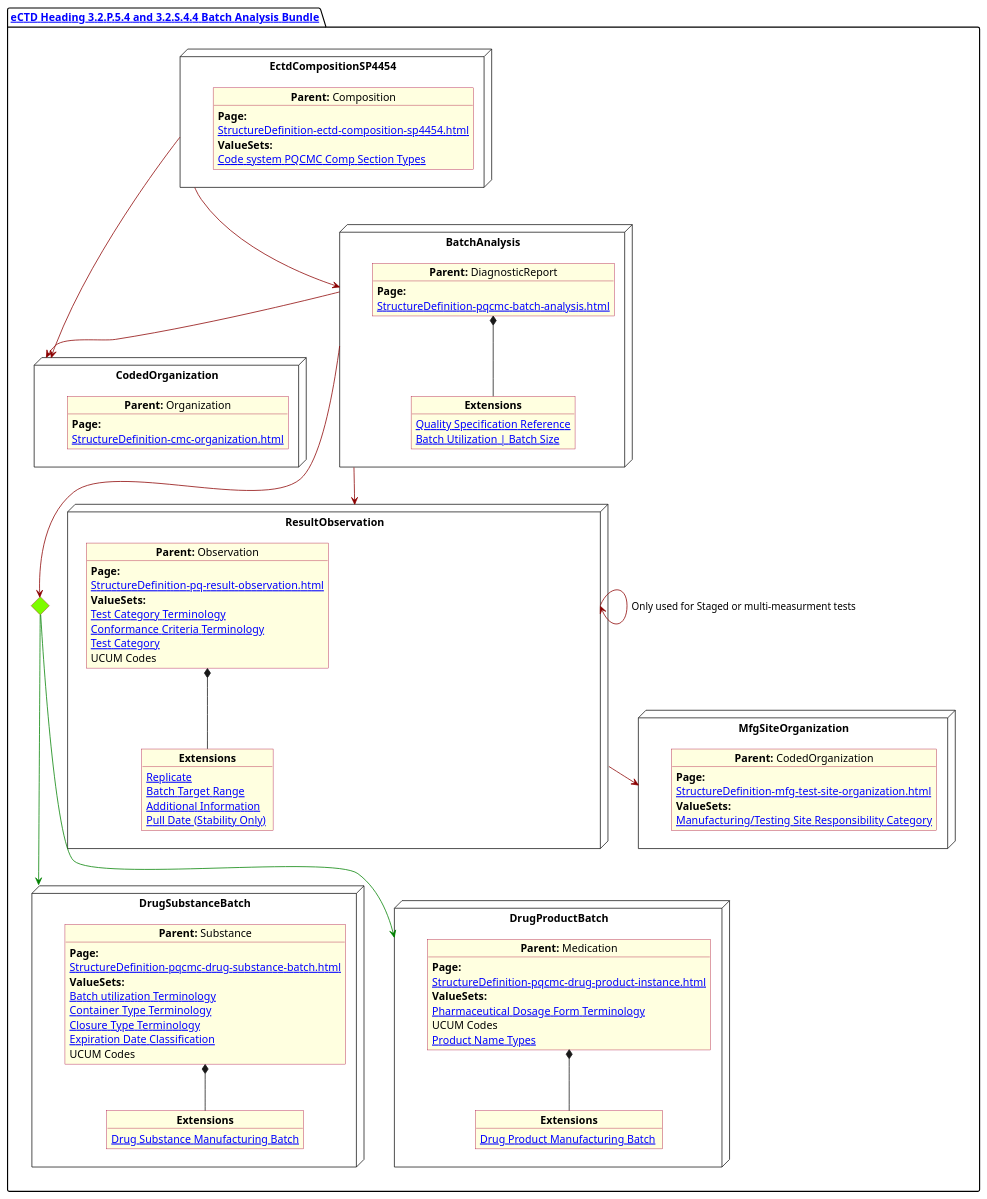
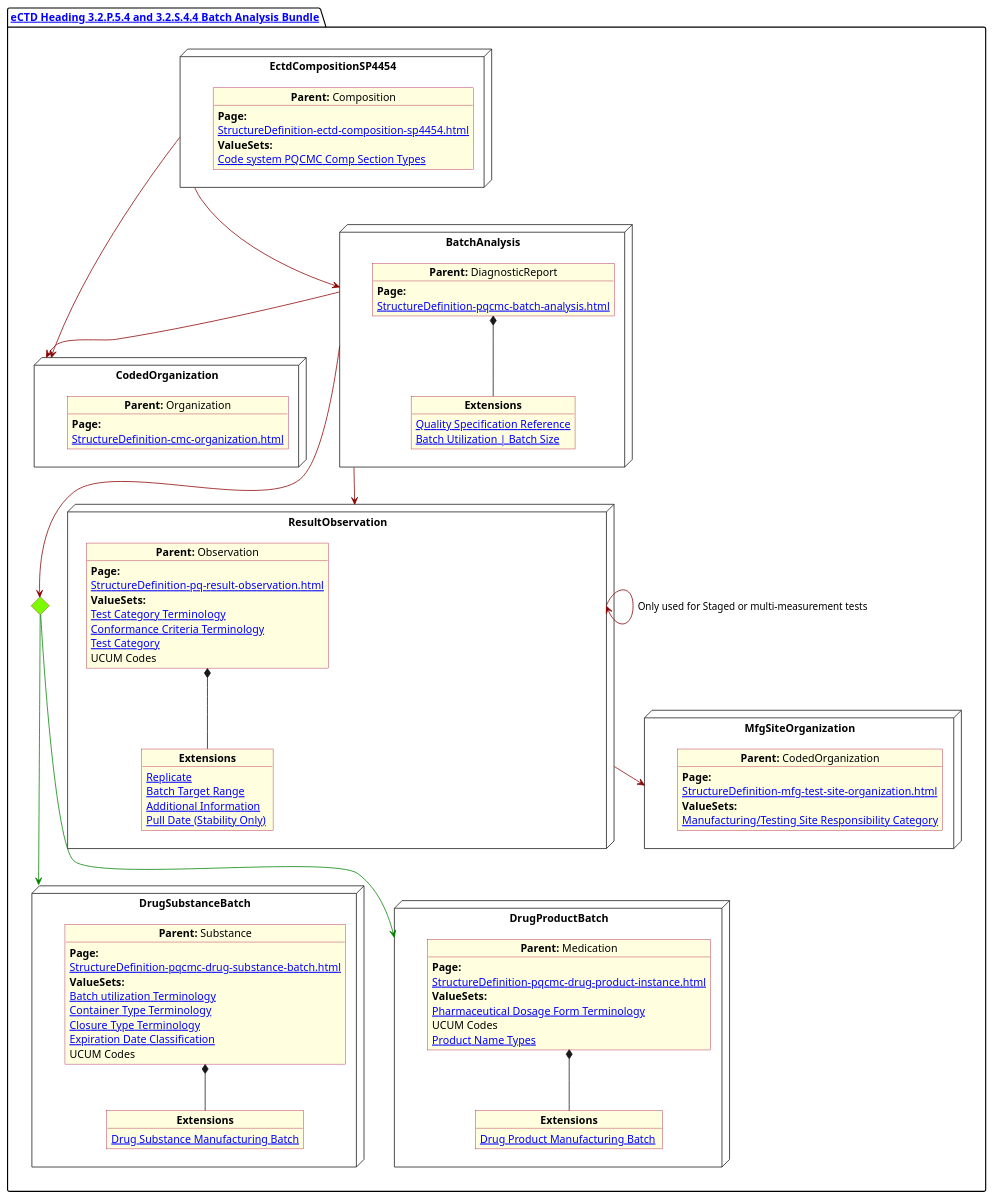
The diagram in input/images-source/BatchAnalysis.plantuml (HL7/FHIR-us-pq-cmc-fda), drawn with PlantUML before and after one commit. The commit also changed 8 other files, not shown here.

```diff
--- a/input/images-source/BatchAnalysis.plantuml
+++ b/input/images-source/BatchAnalysis.plantuml
@@ -1,130 +1,130 @@
 @startuml BatchAnalysis
 allowmixing
 'Mixed model of use case and object
 skinparam svgDimensionStyle false
 skinparam ObjectBackgroundColor LightYellow
 skinparam ObjectBorderColor #A80036
 skinparam activityDiamondBorderColor #A80036
 skinparam activityDiamondBackgroundColor lawnGreen
 skinparam ClassBorderThickness 4
 
 
 package "[[StructureDefinition-cmc-ectd-document-sp4454.html eCTD Heading 3.2.P.5.4 and 3.2.S.4.4 Batch Analysis Bundle]]" as NODES {
 
   node "EctdCompositionSP4454" as N1 {
     object "**Parent:** Composition" as obj1 {
       **Page:**
       [[StructureDefinition-ectd-composition-sp4454.html]]
 
       **ValueSets:**
       [[ValueSet-cmc-comp-section-types-vs.html Code system PQCMC Comp Section Types]]
     }
   }
 
   node "BatchAnalysis" as  BatchAnalysis {
     object "**Parent:** DiagnosticReport" as obj2 {
       **Page:**
       [[StructureDefinition-pqcmc-batch-analysis.html]]
     }
     object "**Extensions**" as  obj2Ex {
       [[StructureDefinition-pq-quality-specification-extension.html Quality Specification Reference]]
       [[StructureDefinition-drug-product-manufacturing-batch.html Batch Utilization | Batch Size ]]
     }
     obj2 *-- obj2Ex
   }
 
   node "CodedOrganization" as CodedOrganization {
 
     object "**Parent:** Organization" as objAu {
       **Page:**
       [[StructureDefinition-cmc-organization.html]]
     }
   }
 
   node "DrugProductBatch" as DrugProductBatch {
     object "**Parent:** Medication" as obj3 {
       **Page:**
       [[StructureDefinition-pqcmc-drug-product-instance.html]]
 
       **ValueSets:**
       [[ValueSet-spl-pharmaceutical-dosage-form-terminology.html Pharmaceutical Dosage Form Terminology]]
       UCUM Codes
       [[ValueSet-cmc-product-name-types-vs.html Product Name Types]]
     }
 
     object "**Extensions**" as  objExsBatch {
 
       [[StructureDefinition-drug-product-manufacturing-batch.html Drug Product Manufacturing Batch ]]
     }
     obj3 *-- objExsBatch
   }
 
 
   node "DrugSubstanceBatch" as DrugSubstanceBatch {
 
     object "**Parent:** Substance" as obj4 {
       **Page:**
       [[StructureDefinition-pqcmc-drug-substance-batch.html]]
 
       **ValueSets:**
       [[ValueSet-pqcmc-batch-utilization-terminology.html Batch utilization Terminology]]
       [[ValueSet-pqcmc-container-type-terminology.html Container Type Terminology]]
       [[ValueSet-pqcmc-closure-type-terminology.html Closure Type Terminology]]
       [[ValueSet-pqcmc-expiration-date-classification-terminology.html Expiration Date Classification]]
       UCUM Codes
     }
     object "**Extensions**" as objXDs {
 
       [[StructureDefinition-drug-substance-manufacturing-batch.html Drug Substance Manufacturing Batch]]
     }
     obj4 *-- objXDs
   }
 
   node "MfgSiteOrganization" as  MfgSiteOrganization {
     object "**Parent:** CodedOrganization" as obj5 {
       **Page:**
       [[StructureDefinition-mfg-test-site-organization.html]]
 
       **ValueSets:**
       [[ValueSet-pqcmc-mfg-testing-site-terminology.html Manufacturing/Testing Site Responsibility Category]]
     }
   }
 
   node "ResultObservation" as ResultObservation  {
 
     object "**Parent:** Observation" as obj6 {
       **Page:**
       [[StructureDefinition-pq-result-observation.html]]
 
       **ValueSets:**
       [[ValueSet-pqcmc-test-category-terminology.html Test Category Terminology]]
       [[ValueSet-pqcmc-conformance-to-criteria-terminology.html Conformance Criteria Terminology]]
       [[ValueSet-pqcmc-test-category-terminology.html Test Category]]
       UCUM Codes
        
     }
 
     object "**Extensions**" as objXObs {
       [[StructureDefinition-pq-replicate-extension.html Replicate]]
       [[StructureDefinition-pq-batch-range.html Batch Target Range]]
       [[StructureDefinition-pq-additional-info-extension.html Additional Information]]
       [[StructureDefinition-pq-pullDate-extension.html Pull Date (Stability Only) ]]
     }
     obj6 *-- objXObs
   }
 
   diamond CH
 
 
   N1 -[#darkred]-> CodedOrganization
   BatchAnalysis -[#darkred]-> CodedOrganization
    BatchAnalysis -[#darkred]--> CH
   BatchAnalysis -[#darkred]--> ResultObservation
   CH -[#green]--> DrugProductBatch
   CH -[#green]--> DrugSubstanceBatch
 
   N1 -[#darkred]-> BatchAnalysis
   ResultObservation -[#darkred]-> MfgSiteOrganization
-  ResultObservation -[#darkred]--> ResultObservation : Only used for Staged or multi-measurment tests
+  ResultObservation -[#darkred]--> ResultObservation : Only used for Staged or multi-measurement tests
 }
 @enduml
```
